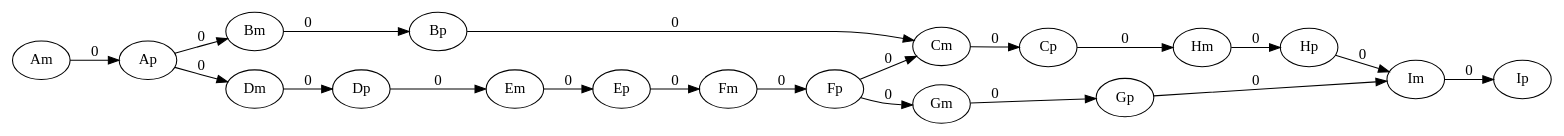
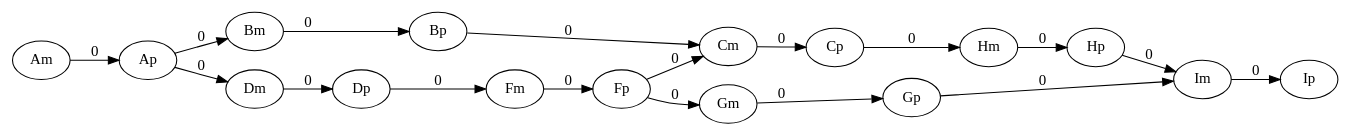
The diagram in notebook/Grafi/Grafo 1 convertito.dot (gianlu01/MinimumPathCover), drawn with Graphviz before and after one commit. The commit also changed 21 other files, not shown here.

```diff
--- a/notebook/Grafi/Grafo 1 convertito.dot
+++ b/notebook/Grafi/Grafo 1 convertito.dot
@@ -1,22 +1,20 @@
 digraph{
 	rankdir=LR
 	Am -> Ap [label=0]
 	Ap -> Bm [label=0]
 	Ap -> Dm [label=0]
 	Bm -> Bp [label=0]
 	Bp -> Cm [label=0]
 	Dm -> Dp [label=0]
-	Dp -> Em [label=0]
+	Dp -> Fm [label=0]
 	Cm -> Cp [label=0]
 	Cp -> Hm [label=0]
 	Hm -> Hp [label=0]
 	Hp -> Im [label=0]
-	Em -> Ep [label=0]
-	Ep -> Fm [label=0]
 	Fm -> Fp [label=0]
 	Fp -> Gm [label=0]
 	Fp -> Cm [label=0]
 	Gm -> Gp [label=0]
 	Gp -> Im [label=0]
 	Im -> Ip [label=0]
 }
```
